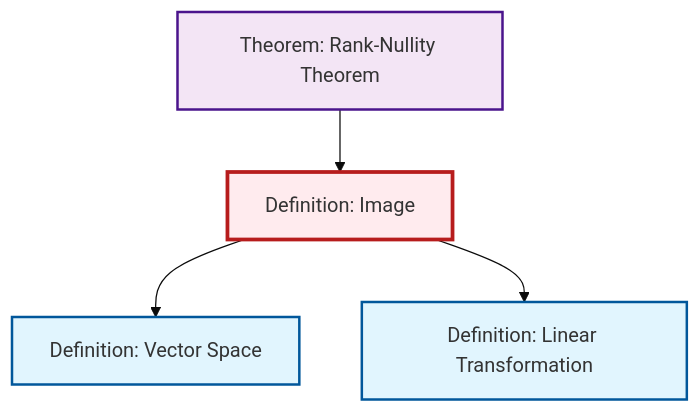
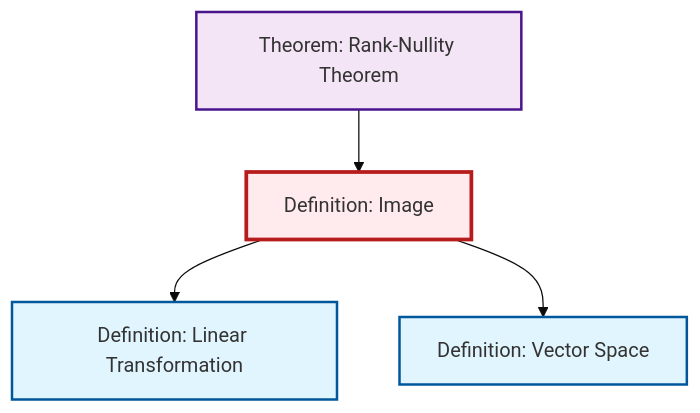
The diagram in content/ja/algebra/def-image.qmd (RK0429/ModernMath), drawn with Mermaid (base theme) before and after one commit. The commit also changed other lines of this file and 530 other files, not shown here.

````diff
--- a/content/ja/algebra/def-image.qmd
+++ b/content/ja/algebra/def-image.qmd
@@ -55,20 +55,20 @@
 ```{mermaid}
 %%| fig-cap: "Local dependency graph"
 graph TD
     classDef definition fill:#e1f5fe,stroke:#01579b,stroke-width:2px
     classDef theorem fill:#f3e5f5,stroke:#4a148c,stroke-width:2px
     classDef axiom fill:#fff3e0,stroke:#e65100,stroke-width:2px
     classDef example fill:#e8f5e9,stroke:#1b5e20,stroke-width:2px
     classDef current fill:#ffebee,stroke:#b71c1c,stroke-width:3px
     thm-rank-nullity["Theorem: Rank-Nullity Theorem"]:::theorem
+    def-vector-space["Definition: Vector Space"]:::definition
     def-linear-transformation["Definition: Linear Transformation"]:::definition
     def-image["Definition: Image"]:::definition
-    def-vector-space["Definition: Vector Space"]:::definition
+    def-image --> def-linear-transformation
+    thm-rank-nullity --> def-image
     def-image --> def-vector-space
-    thm-rank-nullity --> def-image
-    def-image --> def-linear-transformation
     class def-image current
     click thm-rank-nullity "thm-rank-nullity.html" "Theorem: Rank-Nullity Theoremへ"
+    click def-vector-space "def-vector-space.html" "Definition: Vector Spaceへ"
     click def-linear-transformation "def-linear-transformation.html" "Definition: Linear Transformationへ"
-    click def-vector-space "def-vector-space.html" "Definition: Vector Spaceへ"
 ```
````
